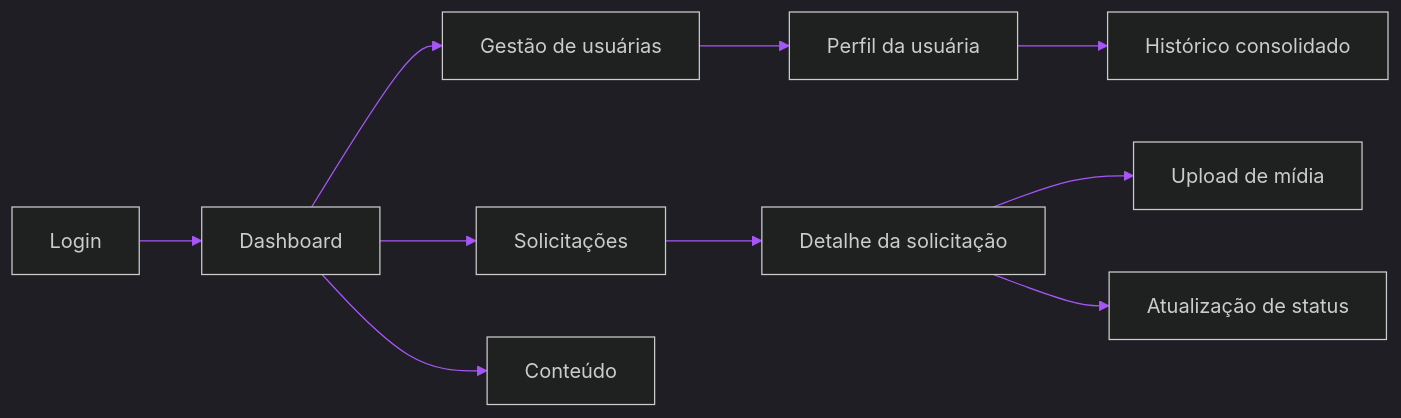
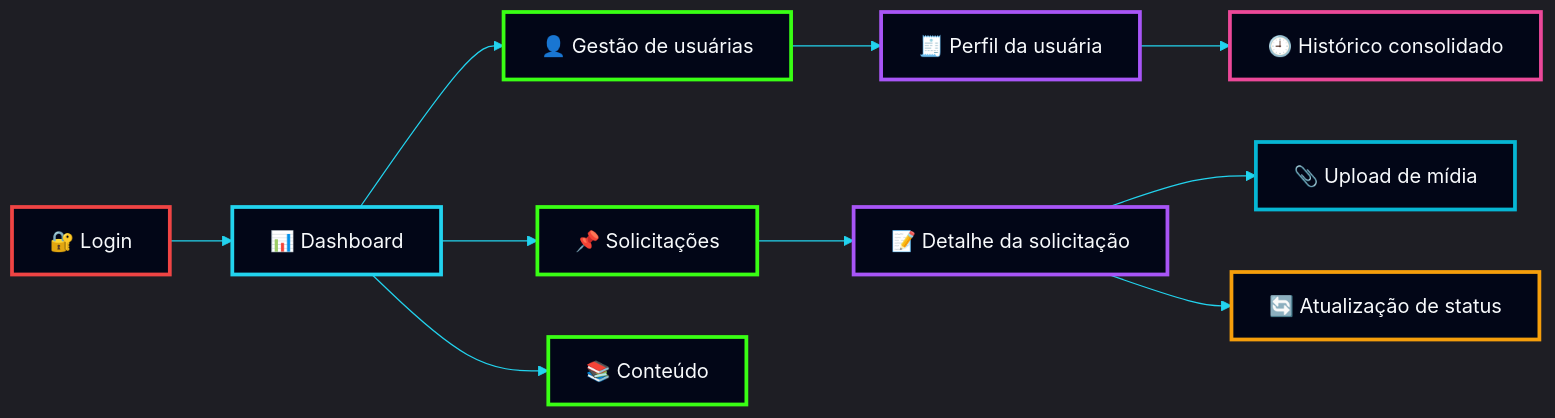
Before and after one commit to NickDevHolz/Terra-Conecta: the fourth of 12 diagrams in Terra Conecta — Proposta Institucional, Comercial e Técnica.md, drawn with Mermaid. The commit also changed other lines of this file, not shown here.

````diff
--- a/Terra Conecta — Proposta Institucional, Comercial e Técnica.md
+++ b/Terra Conecta — Proposta Institucional, Comercial e Técnica.md
@@ -299,23 +440,42 @@
 ```mermaid
 %%{init: {
 'theme':'dark',
 'themeVariables':{
 'background':'#020617',
-'primaryColor':'#0ea5e9',
+'mainBkg':'#020617',
+'secondBkg':'#0f172a',
+'tertiaryColor':'#111827',
+'primaryColor':'#22d3ee',
 'primaryTextColor':'#f8fafc',
-'primaryBorderColor':'#22c55e',
-'lineColor':'#a855f7',
+'primaryBorderColor':'#39ff14',
 'secondaryColor':'#0f172a',
-'tertiaryColor':'#111827'
+'secondaryTextColor':'#e2e8f0',
+'secondaryBorderColor':'#a855f7',
+'lineColor':'#22d3ee',
+'textColor':'#f8fafc',
+'clusterBkg':'#020617',
+'clusterBorder':'#a855f7',
+'defaultLinkColor':'#22d3ee'
 }}}%%
 flowchart LR
-A[Login] --> B[Dashboard]
-B --> C[Gestão de usuárias]
-B --> D[Solicitações]
-B --> E[Conteúdo]
-D --> F[Detalhe da solicitação]
-F --> G[Upload de mídia]
-F --> H[Atualização de status]
-C --> I[Perfil da usuária]
-I --> J[Histórico consolidado]
+A[🔐 Login] --> B[📊 Dashboard]
+B --> C[👤 Gestão de usuárias]
+B --> D[📌 Solicitações]
+B --> E[📚 Conteúdo]
+D --> F[📝 Detalhe da solicitação]
+F --> G[📎 Upload de mídia]
+F --> H[🔄 Atualização de status]
+C --> I[🧾 Perfil da usuária]
+I --> J[🕘 Histórico consolidado]
+
+style A fill:#020617,stroke:#ef4444,stroke-width:3px,color:#f8fafc
+style B fill:#020617,stroke:#22d3ee,stroke-width:3px,color:#f8fafc
+style C fill:#020617,stroke:#39ff14,stroke-width:3px,color:#f8fafc
+style D fill:#020617,stroke:#39ff14,stroke-width:3px,color:#f8fafc
+style E fill:#020617,stroke:#39ff14,stroke-width:3px,color:#f8fafc
+style F fill:#020617,stroke:#a855f7,stroke-width:3px,color:#f8fafc
+style G fill:#020617,stroke:#06b6d4,stroke-width:3px,color:#f8fafc
+style H fill:#020617,stroke:#f59e0b,stroke-width:3px,color:#f8fafc
+style I fill:#020617,stroke:#a855f7,stroke-width:3px,color:#f8fafc
+style J fill:#020617,stroke:#ec4899,stroke-width:3px,color:#f8fafc
 ```
````
